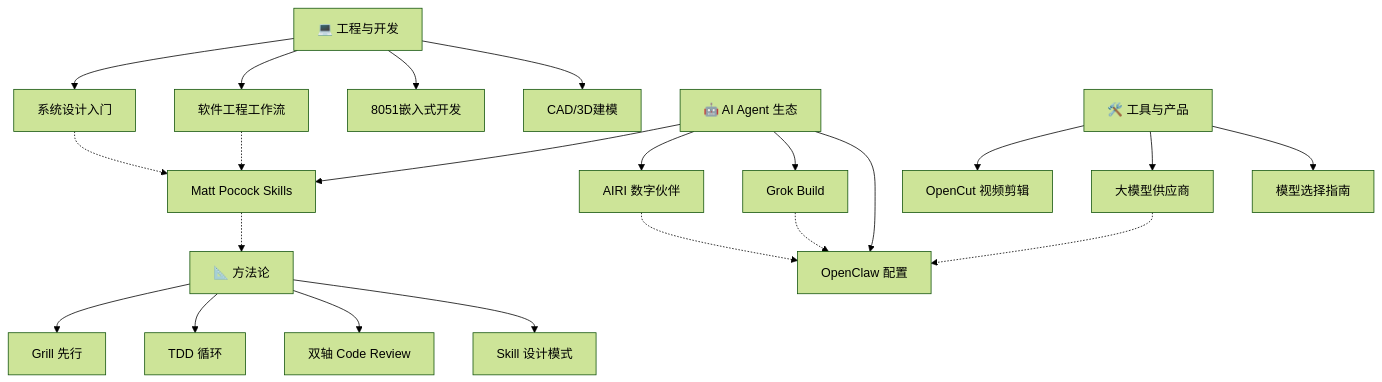
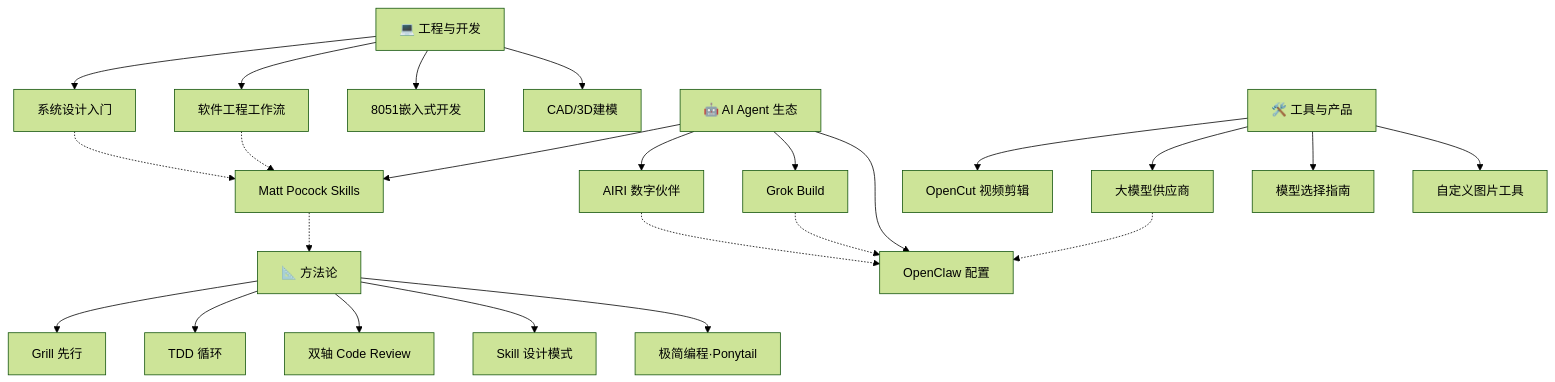
The diagram in knowledge/knowledge-map.md (mo9652962-ai/second-brain), drawn with Mermaid (forest theme) before and after one commit. The commit also changed other lines of this file and 23 other files, not shown here.

````diff
--- a/knowledge/knowledge-map.md
+++ b/knowledge/knowledge-map.md
@@ -30,25 +44,27 @@
 ```mermaid
 graph TD
     A[💻 工程与开发] --> A1[系统设计入门]
     A --> A2[软件工程工作流]
     A --> A3[8051嵌入式开发]
     A --> A4[CAD/3D建模]
     B[🤖 AI Agent 生态] --> B1[Matt Pocock Skills]
     B --> B2[AIRI 数字伙伴]
     B --> B3[Grok Build]
     B --> B4[OpenClaw 配置]
     C[🛠️ 工具与产品] --> C1[OpenCut 视频剪辑]
     C --> C2[大模型供应商]
     C --> C3[模型选择指南]
+    C --> C4[自定义图片工具]
     D[📐 方法论] --> D1[Grill 先行]
     D --> D2[TDD 循环]
     D --> D3[双轴 Code Review]
     D --> D4[Skill 设计模式]
+    D --> D5[极简编程·Ponytail]
     
     A1 -.-> B1
     A2 -.-> B1
     B1 -.-> D
     B2 -.-> B4
     B3 -.-> B4
     C2 -.-> B4
 ```
````
